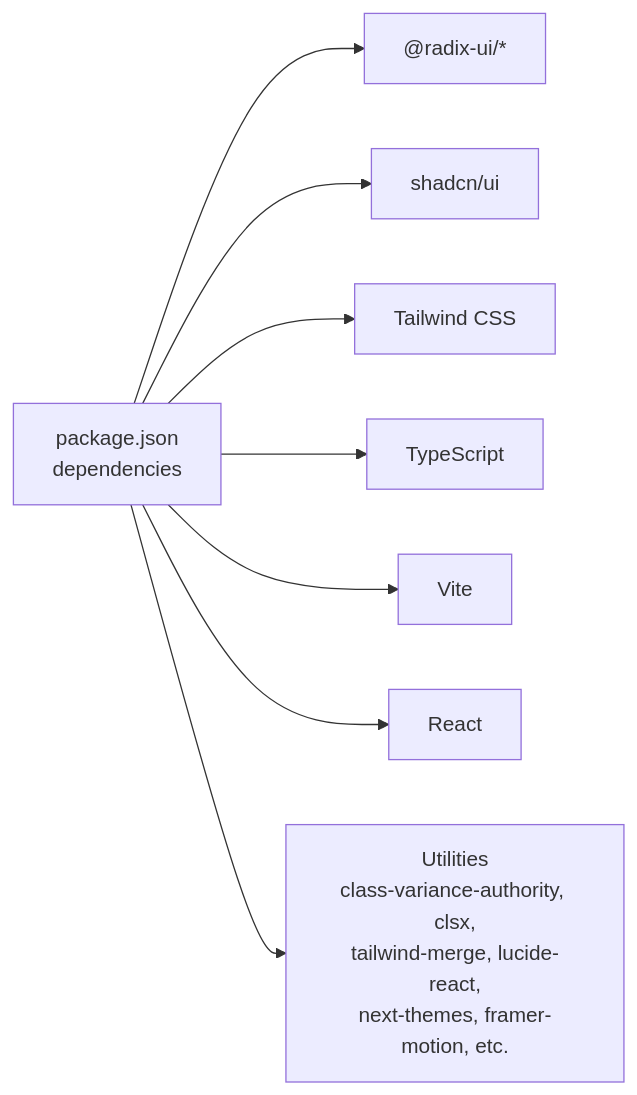
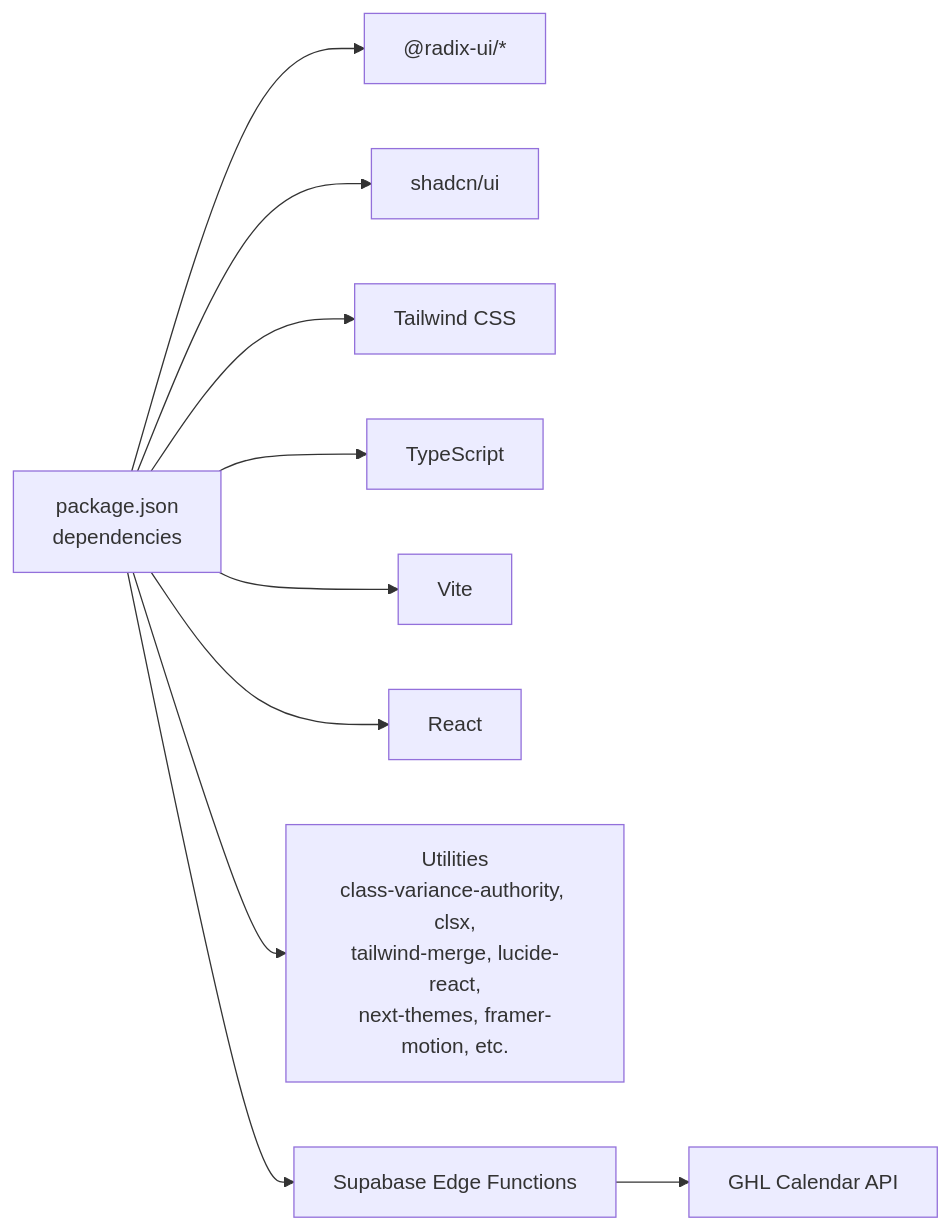
Before and after one commit to Hawky1/ryland: the third of 3 diagrams in .qoder/repowiki/en/content/UI Components & Design System.md, drawn with Mermaid. The commit also changed other lines of this file and 13 other files, not shown here.

````diff
--- a/.qoder/repowiki/en/content/UI Components & Design System.md
+++ b/.qoder/repowiki/en/content/UI Components & Design System.md
@@ -233,10 +285,12 @@
 ```mermaid
 graph LR
 P["package.json<br/>dependencies"] --> RUI["@radix-ui/*"]
 P --> SHAD["shadcn/ui"]
 P --> TW["Tailwind CSS"]
 P --> TS["TypeScript"]
 P --> VITE["Vite"]
 P --> REACT["React"]
 P --> UTILS["Utilities<br/>class-variance-authority, clsx,<br/>tailwind-merge, lucide-react,<br/>next-themes, framer-motion, etc."]
+P --> EDGE["Supabase Edge Functions"]
+EDGE --> GHL["GHL Calendar API"]
 ```
````
